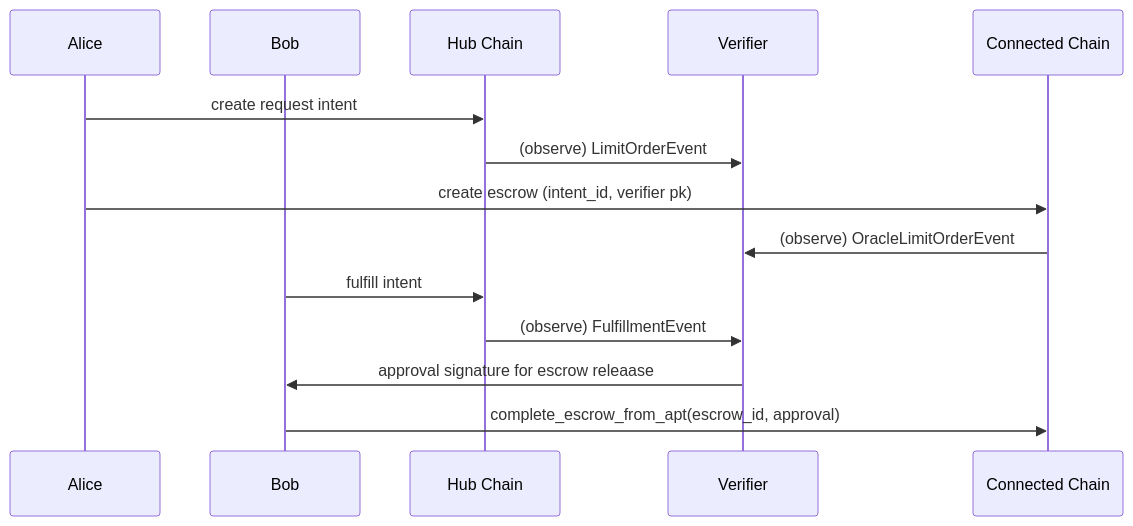
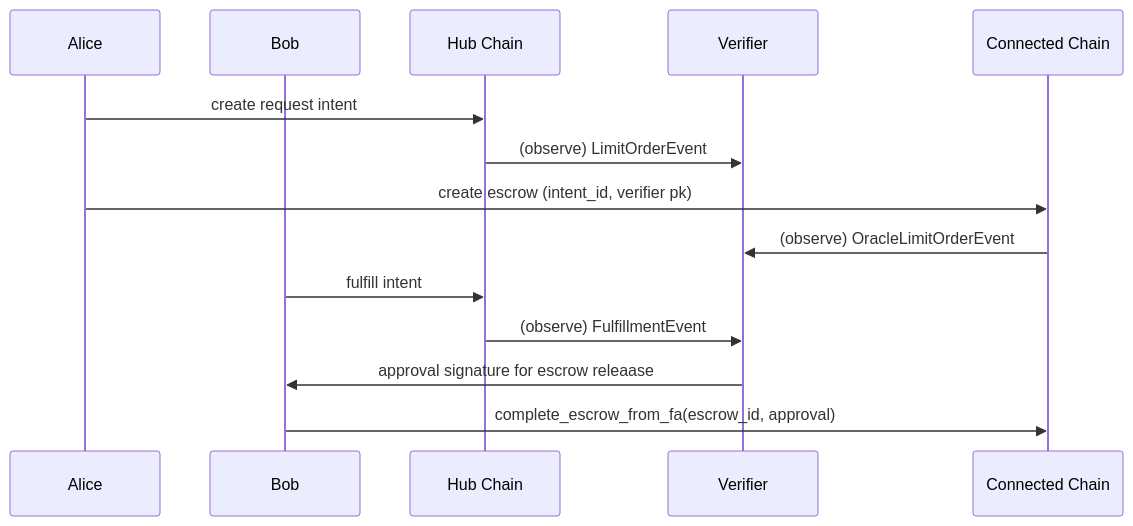
Before and after one commit to movementlabsxyz/intent-framework: the diagram in trusted-verifier/docs/README.md, drawn with Mermaid. The commit also changed other lines of this file and 10 other files, not shown here.

````diff
--- a/trusted-verifier/docs/README.md
+++ b/trusted-verifier/docs/README.md
@@ -34,20 +34,20 @@
 ```mermaid
 sequenceDiagram
     participant Alice as Alice
     participant Bob as Bob
     participant Hub as Hub Chain
     participant Verifier as Verifier
     participant Connected as Connected Chain
 
     Alice->>Hub: create request intent
     Hub->>Verifier: (observe) LimitOrderEvent
 
     Alice->>Connected: create escrow (intent_id, verifier pk)
     Connected->>Verifier: (observe) OracleLimitOrderEvent
 
     Bob->>Hub: fulfill intent
     Hub->>Verifier: (observe) FulfillmentEvent
 
     Verifier->>Bob: approval signature for escrow releaase
-    Bob->>Connected: complete_escrow_from_apt(escrow_id, approval)
+    Bob->>Connected: complete_escrow_from_fa(escrow_id, approval)
 ```
````
